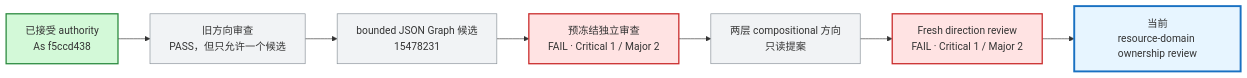
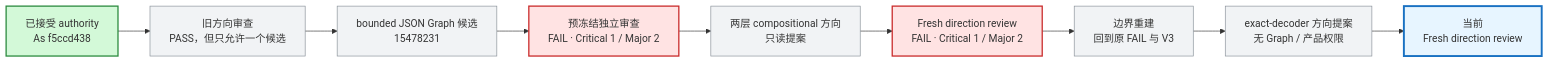
Before and after one commit to j-a-v-e-n/knowledge-vault: the third of 3 diagrams in MyBrain/automation/reports/investment-discipline-system/CURRENT_PROGRESS.md, drawn with Mermaid. The commit also changed other lines of this file, not shown here.

````diff
--- a/MyBrain/automation/reports/investment-discipline-system/CURRENT_PROGRESS.md
+++ b/MyBrain/automation/reports/investment-discipline-system/CURRENT_PROGRESS.md
@@ -89,19 +89,21 @@
 ```mermaid
 flowchart LR
     AS["已接受 authority<br/>As f5ccd438"] --> D1["旧方向审查<br/>PASS，但只允许一个候选"]
     D1 --> C1["bounded JSON Graph 候选<br/>15478231"]
     C1 --> R1["预冻结独立审查<br/>FAIL · Critical 1 / Major 2"]
     R1 --> D2["两层 compositional 方向<br/>只读提案"]
     D2 --> R2["Fresh direction review<br/>FAIL · Critical 1 / Major 2"]
-    R2 --> D3["当前<br/>resource-domain ownership review"]
+    R2 --> D3["边界重建<br/>回到原 FAIL 与 V3"]
+    D3 --> D4["exact-decoder 方向提案<br/>无 Graph / 产品权限"]
+    D4 --> R3["当前<br/>Fresh direction review"]
 
     classDef accepted fill:#d3f9d8,stroke:#2b8a3e,stroke-width:2px;
     classDef historical fill:#f1f3f5,stroke:#868e96;
     classDef failed fill:#ffe3e3,stroke:#c92a2a,stroke-width:2px;
     classDef current fill:#e7f5ff,stroke:#1971c2,stroke-width:3px;
     class AS accepted;
-    class D1,C1 historical;
+    class D1,C1,D3,D4 historical;
     class R1,R2 failed;
     class D2 historical;
-    class D3 current;
+    class R3 current;
 ```
````
